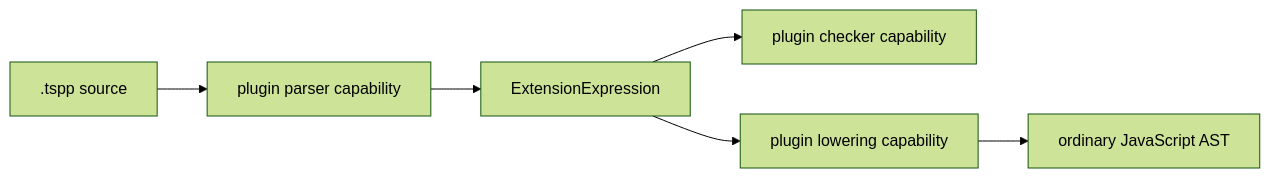
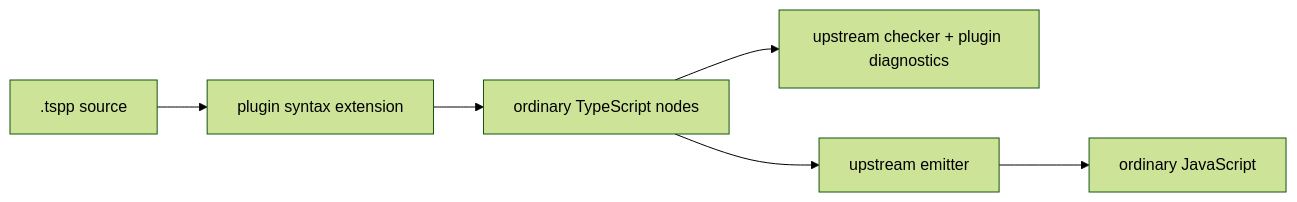
One commit to tspp-lang/tspp changed the second of 3 diagrams in docs/plugin-framework.md. Above: the diagram before and after it, drawn with Mermaid (forest theme). The commit also changed other lines of this file and 21 other files, not shown here.

First line of the commit message:
refactor(dependent-types)!: remove the expression-syntax envelope from the core

````diff
--- a/docs/plugin-framework.md
+++ b/docs/plugin-framework.md
@@ -92,8 +93,8 @@
 ```mermaid
 flowchart LR
-    Source[.tspp source] --> Parse[plugin parser capability]
-    Parse --> Envelope[ExtensionExpression]
-    Envelope --> Check[plugin checker capability]
-    Envelope --> Lower[plugin lowering capability]
-    Lower --> JS[ordinary JavaScript AST]
+    Source[.tspp source] --> Parse[plugin syntax extension]
+    Parse --> Nodes[ordinary TypeScript nodes]
+    Nodes --> Check[upstream checker + plugin diagnostics]
+    Nodes --> Emit[upstream emitter]
+    Emit --> JS[ordinary JavaScript]
 ```
````
